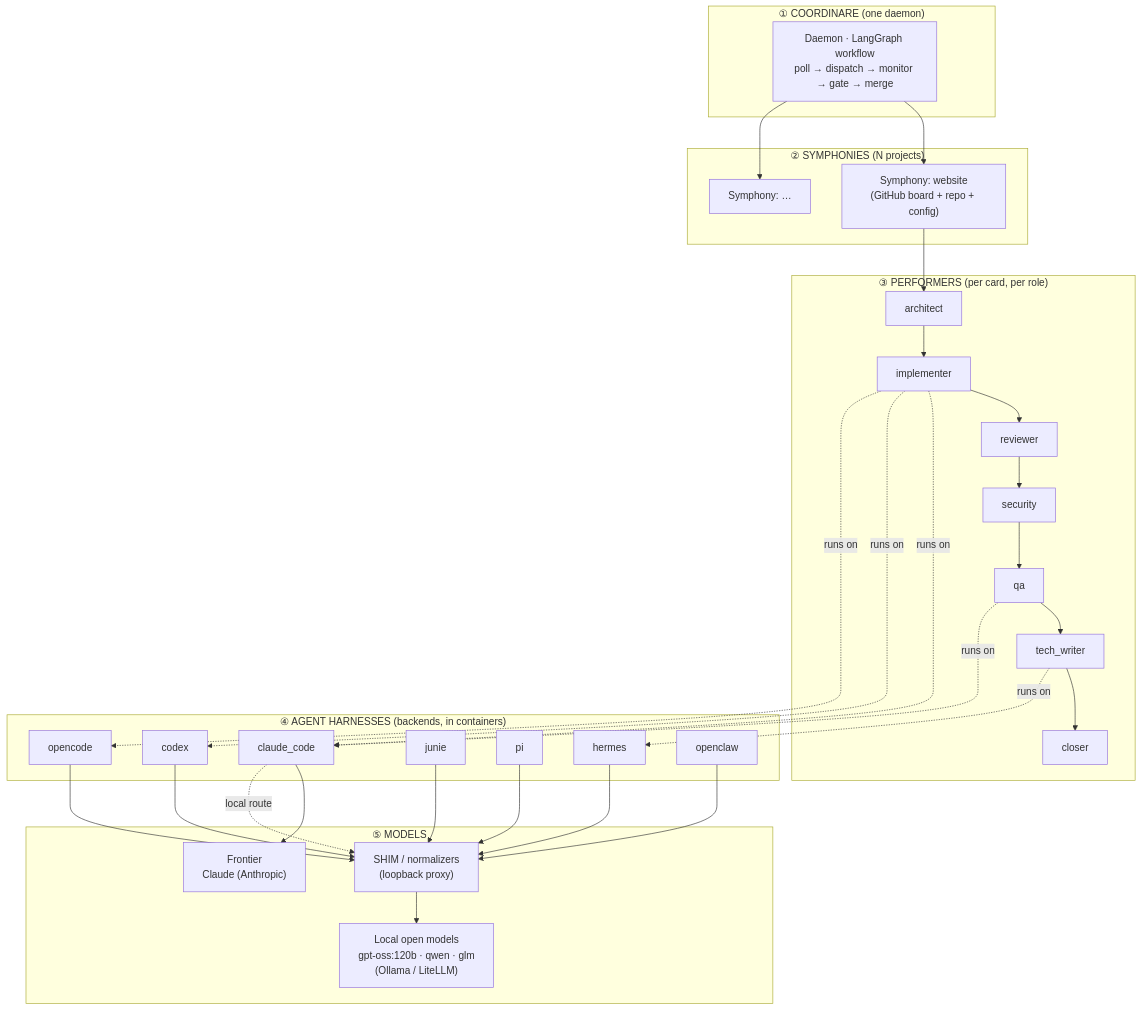
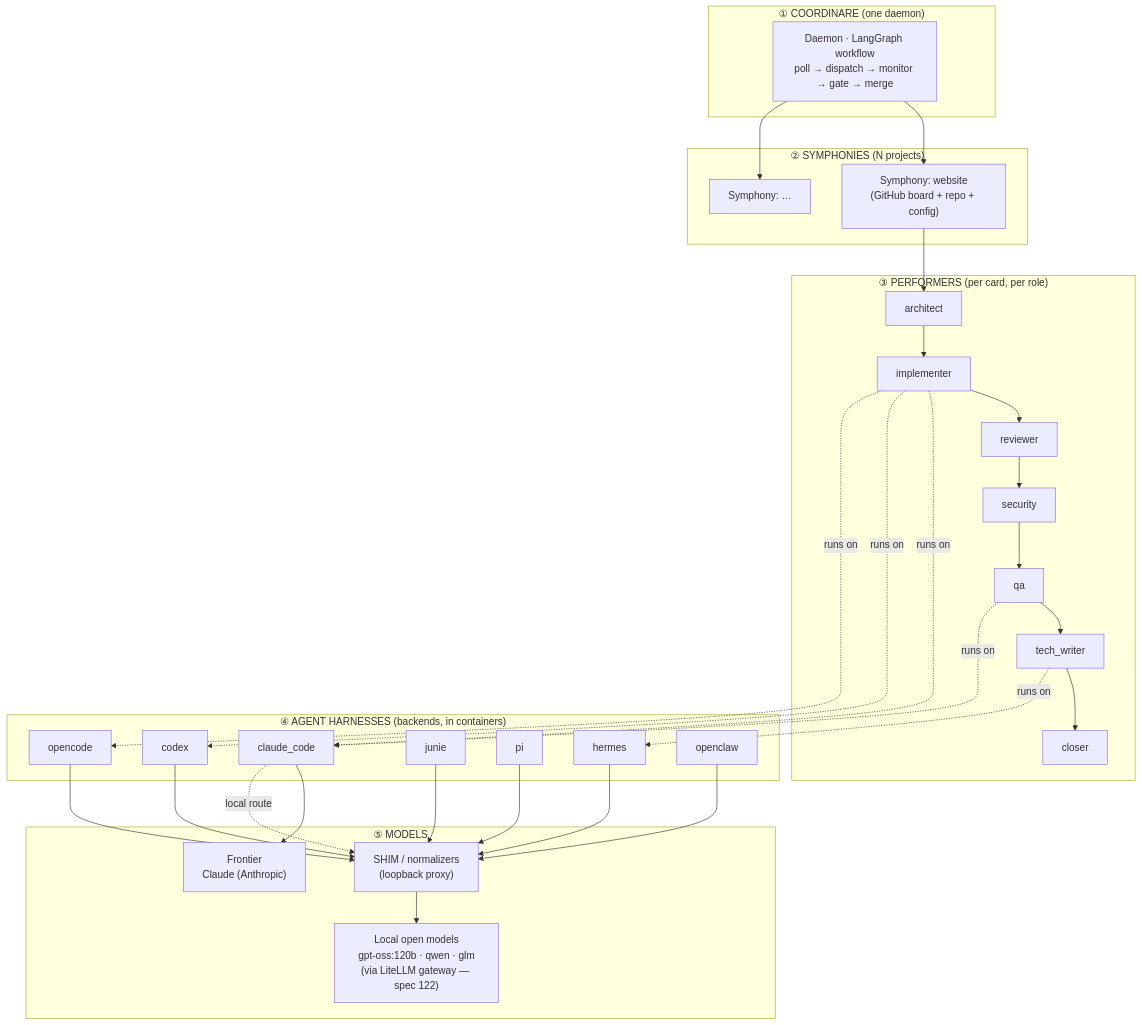
One commit to ViviDynamics/coordinare changed the first of 4 diagrams in docs/onboarding/02-architecture.md. Above: the diagram before and after it, drawn with Mermaid. The commit also changed other lines of this file and 6 other files, not shown here.

````diff
--- a/docs/onboarding/02-architecture.md
+++ b/docs/onboarding/02-architecture.md
@@ -8,36 +8,36 @@
 ```mermaid
 flowchart TB
   subgraph L1["① COORDINARE (one daemon)"]
     D["Daemon · LangGraph workflow<br/>poll → dispatch → monitor → gate → merge"]
   end
 
   subgraph L2["② SYMPHONIES (N projects)"]
     S1["Symphony: website<br/>(GitHub board + repo + config)"]
     S2["Symphony: …<br/>"]
   end
 
   subgraph L3["③ PERFORMERS (per card, per role)"]
     P1["architect"]; P2["implementer"]; P3["reviewer"]
     P4["security"]; P5["qa"]; P6["tech_writer"]; P7["closer"]
   end
 
   subgraph L4["④ AGENT HARNESSES (backends, in containers)"]
     H1["claude_code"]; H2["codex"]; H3["opencode"]
     H4["junie"]; H5["pi"]; H6["hermes"]; H7["openclaw"]
   end
 
   subgraph L5["⑤ MODELS"]
     M1["Frontier<br/>Claude (Anthropic)"]
     SH["SHIM / normalizers<br/>(loopback proxy)"]
-    M2["Local open models<br/>gpt-oss:120b · qwen · glm<br/>(Ollama / LiteLLM)"]
+    M2["Local open models<br/>gpt-oss:120b · qwen · glm<br/>(via LiteLLM gateway — spec 122)"]
   end
 
   D --> S1 & S2
   S1 --> P1 --> P2 --> P3 --> P4 --> P5 --> P6 --> P7
   P2 -.runs on.-> H1 & H2 & H3
   P5 -.runs on.-> H1
   P6 -.runs on.-> H6
   H1 --> M1
   H2 & H3 & H4 & H5 & H6 & H7 --> SH --> M2
   H1 -.local route.-> SH
 ```
````
